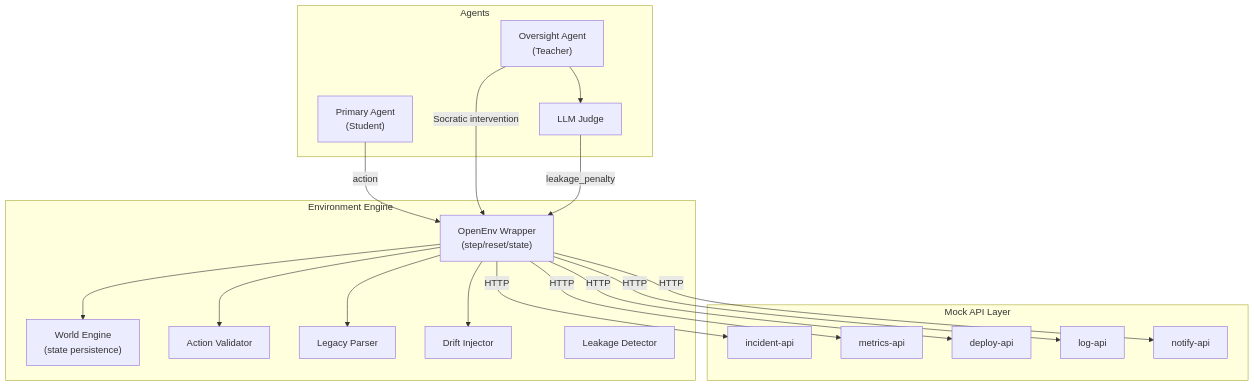
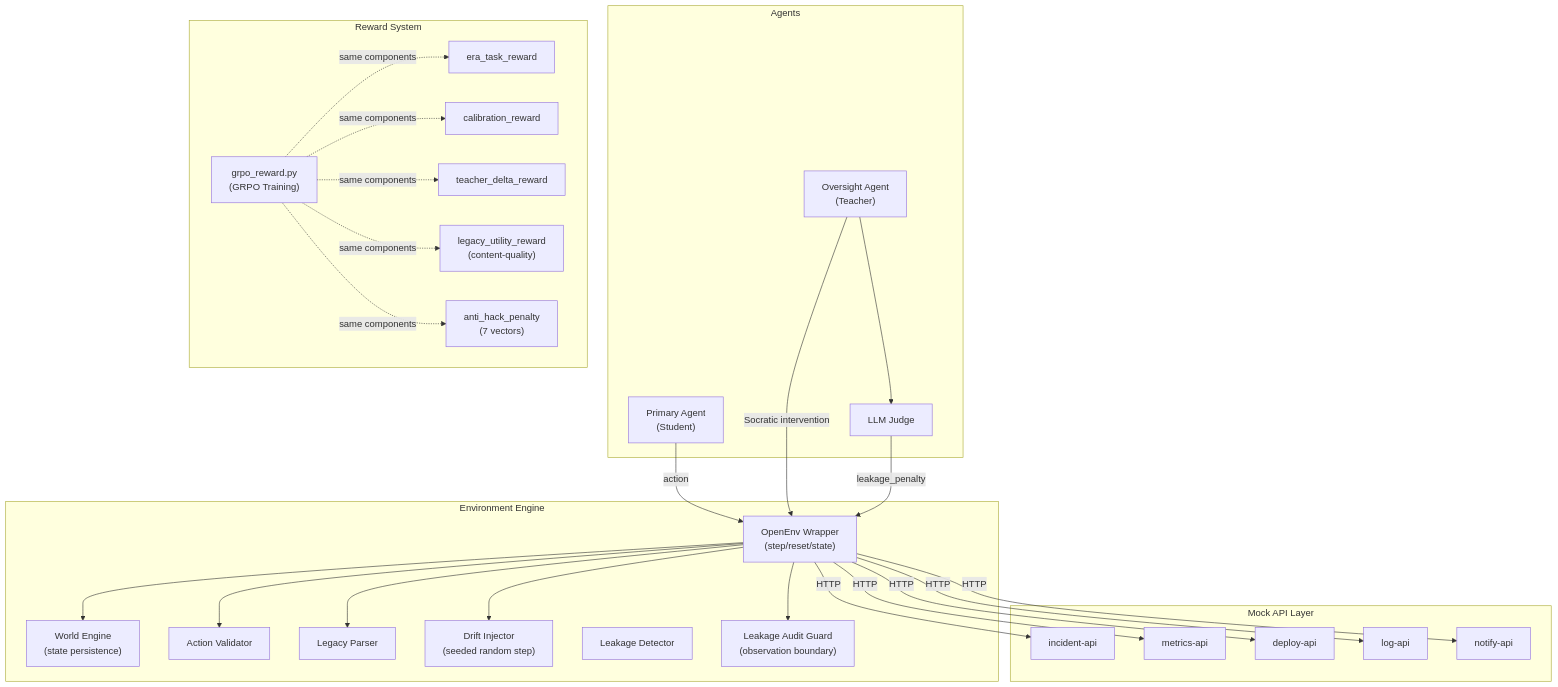
One commit to divyam-r25/EpistemicOPS changed the diagram in README.md. Above: the diagram before and after it, drawn with Mermaid. The commit also changed other lines of this file and 16 other files, not shown here.

Commit message:
harden environment leakage, align GRPO reward with anti-hack penalties, and add held-out eval

````diff
--- a/README.md
+++ b/README.md
@@ -50,32 +50,43 @@
 ```mermaid
 graph TD
     subgraph "Environment Engine"
         OW["OpenEnv Wrapper<br/>(step/reset/state)"]
         WE["World Engine<br/>(state persistence)"]
         AV["Action Validator"]
         LP["Legacy Parser"]
-        DI["Drift Injector"]
+        DI["Drift Injector<br/>(seeded random step)"]
         LD["Leakage Detector"]
+        LA["Leakage Audit Guard<br/>(observation boundary)"]
     end
 
     subgraph "Mock API Layer"
         IA["incident-api"]
         MA["metrics-api"]
         DA["deploy-api"]
-        LA["log-api"]
+        LAP["log-api"]
         NA["notify-api"]
     end
 
     subgraph "Agents"
         PA["Primary Agent<br/>(Student)"]
         OA["Oversight Agent<br/>(Teacher)"]
         JD["LLM Judge"]
     end
 
+    subgraph "Reward System"
+        GR["grpo_reward.py<br/>(GRPO Training)"]
+        ER["era_task_reward"]
+        CR["calibration_reward"]
+        TR["teacher_delta_reward"]
+        LR["legacy_utility_reward<br/>(content-quality)"]
+        AH["anti_hack_penalty<br/>(7 vectors)"]
+    end
+
     PA -->|action| OW
-    OW -->|HTTP| IA & MA & DA & LA & NA
+    OW -->|HTTP| IA & MA & DA & LAP & NA
     OA -->|Socratic intervention| OW
-    OW --> WE & AV & DI & LP
+    OW --> WE & AV & DI & LP & LA
     OA --> JD
     JD --> |leakage_penalty| OW
+    GR -.->|"same components"| ER & CR & TR & LR & AH
 ```
````
